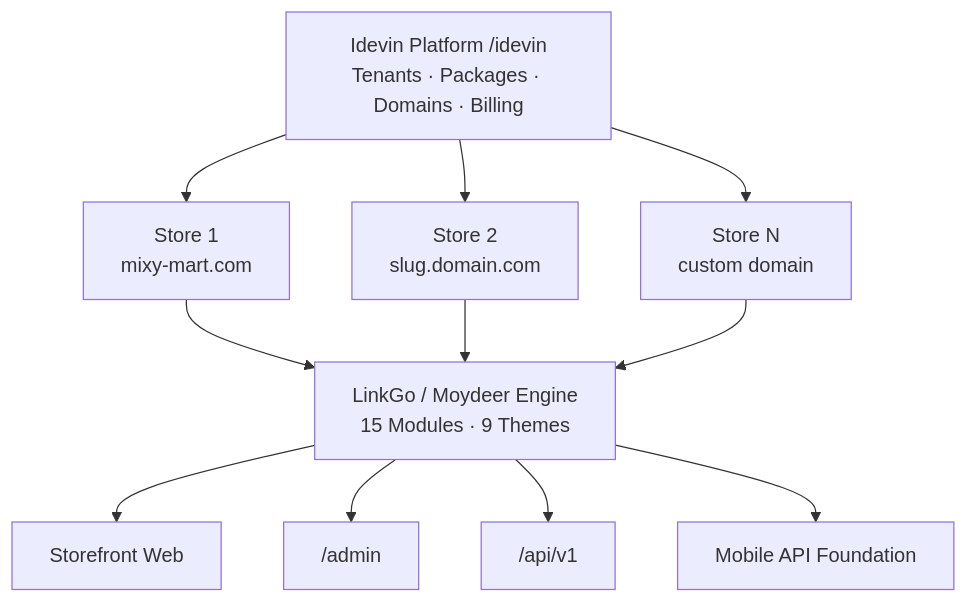
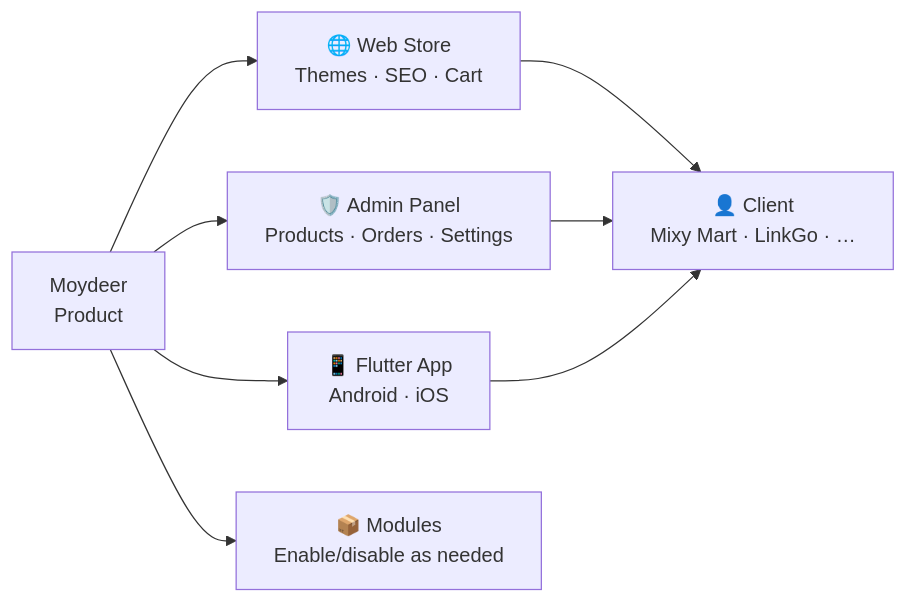
The second of 2 diagrams in README.md (nour0x/store), drawn with Mermaid before and after one commit. The commit also changed other lines of this file, not shown here.

````diff
--- a/README.md
+++ b/README.md
@@ -318,15 +303,12 @@
 ```mermaid
-flowchart TB
-    Idevin["Idevin Platform /idevin<br/>Tenants · Packages · Domains · Billing"]
-    Idevin --> T1["Store 1<br/>mixy-mart.com"]
-    Idevin --> T2["Store 2<br/>slug.domain.com"]
-    Idevin --> T3["Store N<br/>custom domain"]
-    Engine["LinkGo / Moydeer Engine<br/>15 Modules · 9 Themes"]
-    T1 --> Engine
-    T2 --> Engine
-    T3 --> Engine
-    Engine --> Web["Storefront Web"]
-    Engine --> Admin["/admin"]
-    Engine --> API["/api/v1"]
-    Engine --> Mobile["Mobile API Foundation"]
+flowchart LR
+    Product["Moydeer<br/>Product"]
+    Product --> Web["🌐 Web Store<br/>Themes · SEO · Cart"]
+    Product --> Admin["🛡️ Admin Panel<br/>Products · Orders · Settings"]
+    Product --> App["📱 Flutter App<br/>Android · iOS"]
+    Product --> Mods["📦 Modules<br/>Enable/disable as needed"]
+    Client["👤 Client<br/>Mixy Mart · LinkGo · …"]
+    Web --> Client
+    Admin --> Client
+    App --> Client
 ```
````
